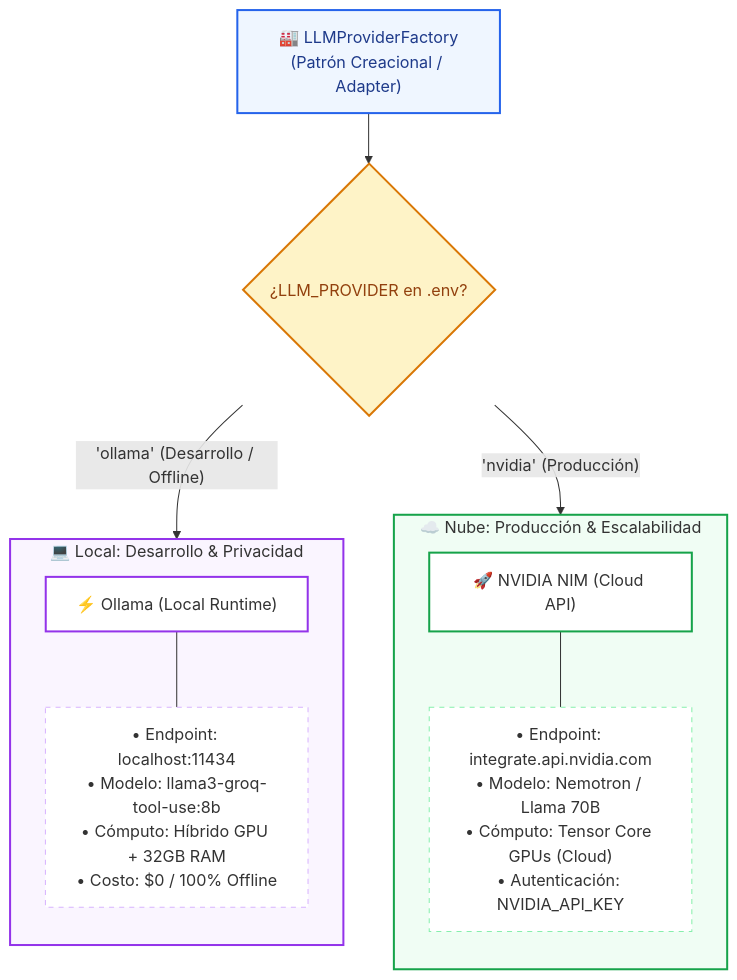
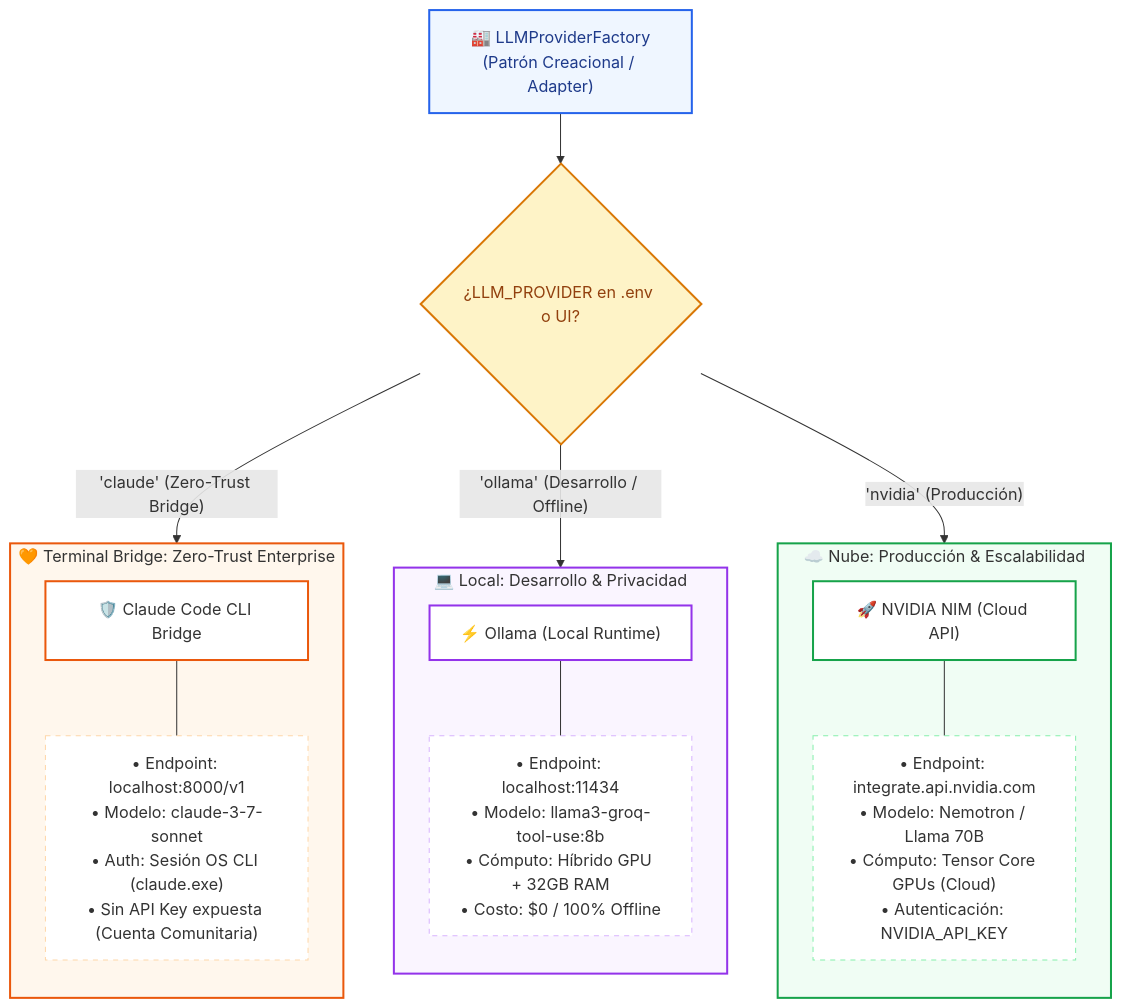
Before and after one commit to emmanuelsvaldez/bootcamp-skala-sem2-nim-mcp: the first of 3 diagrams in README.md, drawn with Mermaid. The commit also changed other lines of this file and 3 other files, not shown here.

First line of the commit message:
feat(claude-bridge): integrar servidor puente Claude Code CLI en workbench con seguridad Zero-Trust

````diff
--- a/README.md
+++ b/README.md
@@ -39,32 +39,43 @@
 ```mermaid
 flowchart TD
     Factory["🏭 LLMProviderFactory\n(Patrón Creacional / Adapter)"]
-    Decision{"¿LLM_PROVIDER en .env?"}
+    Decision{"¿LLM_PROVIDER en .env o UI?"}
     
     subgraph Cloud ["☁️ Nube: Producción & Escalabilidad"]
         direction TB
         NIM["🚀 NVIDIA NIM (Cloud API)"]
         NIM_Det["• Endpoint: integrate.api.nvidia.com\n• Modelo: Nemotron / Llama 70B\n• Cómputo: Tensor Core GPUs (Cloud)\n• Autenticación: NVIDIA_API_KEY"]
         NIM --- NIM_Det
     end
 
     subgraph Local ["💻 Local: Desarrollo & Privacidad"]
         direction TB
         Ollama["⚡ Ollama (Local Runtime)"]
         OLL_Det["• Endpoint: localhost:11434\n• Modelo: llama3-groq-tool-use:8b\n• Cómputo: Híbrido GPU + 32GB RAM\n• Costo: $0 / 100% Offline"]
         Ollama --- OLL_Det
     end
 
+    subgraph Bridge ["🧡 Terminal Bridge: Zero-Trust Enterprise"]
+        direction TB
+        Claude["🛡️ Claude Code CLI Bridge"]
+        CLD_Det["• Endpoint: localhost:8000/v1\n• Modelo: claude-3-7-sonnet\n• Auth: Sesión OS CLI (claude.exe)\n• Sin API Key expuesta (Cuenta Comunitaria)"]
+        Claude --- CLD_Det
+    end
+
     Factory --> Decision
     Decision -- "'nvidia' (Producción)" --> NIM
     Decision -- "'ollama' (Desarrollo / Offline)" --> Ollama
+    Decision -- "'claude' (Zero-Trust Bridge)" --> Claude
 
     style Factory fill:#eff6ff,stroke:#2563eb,stroke-width:2px,color:#1e3a8a
     style Decision fill:#fef3c7,stroke:#d97706,stroke-width:2px,color:#92400e
     style Cloud fill:#f0fdf4,stroke:#16a34a,stroke-width:2px
     style Local fill:#faf5ff,stroke:#9333ea,stroke-width:2px
+    style Bridge fill:#fff7ed,stroke:#ea580c,stroke-width:2px
     style NIM fill:#ffffff,stroke:#16a34a,stroke-width:2px
     style Ollama fill:#ffffff,stroke:#9333ea,stroke-width:2px
+    style Claude fill:#ffffff,stroke:#ea580c,stroke-width:2px
     style NIM_Det fill:#ffffff,stroke:#86efac,stroke-dasharray: 5 5
     style OLL_Det fill:#ffffff,stroke:#d8b4fe,stroke-dasharray: 5 5
+    style CLD_Det fill:#ffffff,stroke:#fed7aa,stroke-dasharray: 5 5
 ```
````
